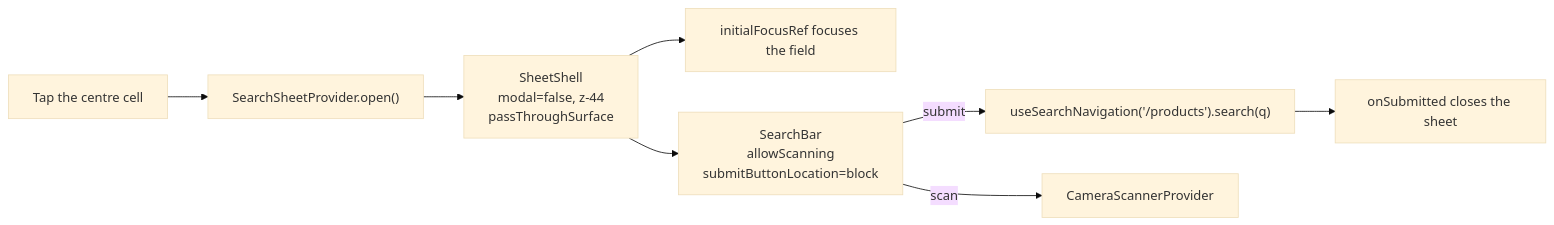
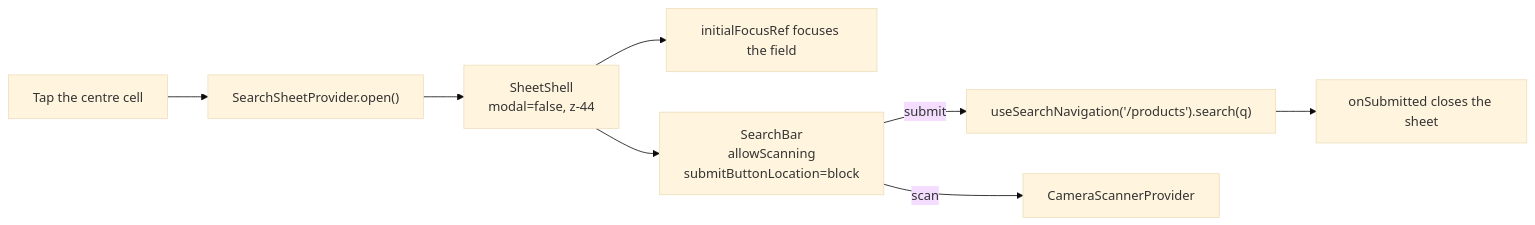
One commit to OffCrazyFreak/Disscount changed the third of 4 diagrams in docs/MOBILE-NAV.md. Above: the diagram before and after it, drawn with Mermaid (base theme). The commit also changed other lines of this file, not shown here.

First line of the commit message:
docs(mobile-nav): Correct the pointer-events guidance for the search sheet

````diff
--- a/docs/MOBILE-NAV.md
+++ b/docs/MOBILE-NAV.md
@@ -233,10 +233,10 @@
 ```mermaid
 flowchart LR
     tap["Tap the centre cell"] --> open["SearchSheetProvider.open()"]
-    open --> shell["SheetShell<br/>modal=false, z-44<br/>passThroughSurface"]
+    open --> shell["SheetShell<br/>modal=false, z-44"]
     shell --> focus["initialFocusRef focuses the field"]
     shell --> bar["SearchBar<br/>allowScanning<br/>submitButtonLocation=block"]
     bar -->|submit| nav["useSearchNavigation('/products').search(q)"]
     bar -->|scan| scanner["CameraScannerProvider"]
     nav --> close["onSubmitted closes the sheet"]
 ```
````
